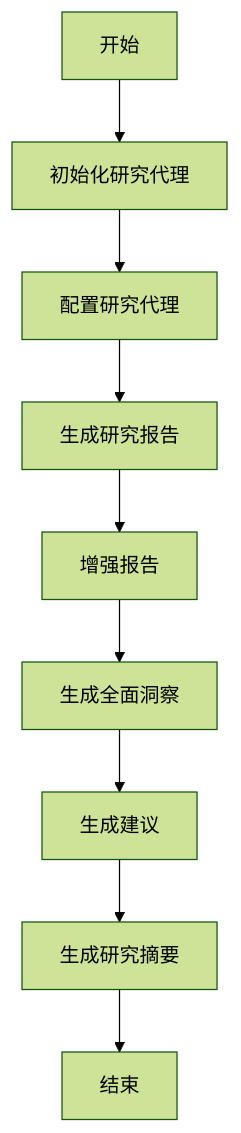
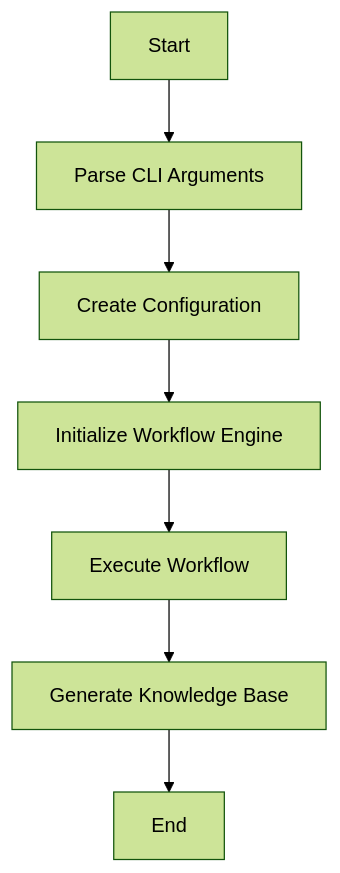
The third of 3 diagrams in litho.docs/Architecture.md (BigtoC/deepwiki-rs), drawn with Mermaid (forest theme) before and after one commit. The commit also changed other lines of this file and 18 other files, not shown here.

````diff
--- a/litho.docs/Architecture.md
+++ b/litho.docs/Architecture.md
@@ -291,11 +157,9 @@
 ```mermaid
 flowchart TD
-    A[开始] --> B[初始化研究代理]
-    B --> C[配置研究代理]
-    C --> D[生成研究报告]
-    D --> E[增强报告]
-    E --> F[生成全面洞察]
-    F --> G[生成建议]
-    G --> H[生成研究摘要]
-    H --> I[结束]
+    A[Start] --> B[Parse CLI Arguments]
+    B --> C[Create Configuration]
+    C --> D[Initialize Workflow Engine]
+    D --> E[Execute Workflow]
+    E --> F[Generate Knowledge Base]
+    F --> G[End]
 ```
````
